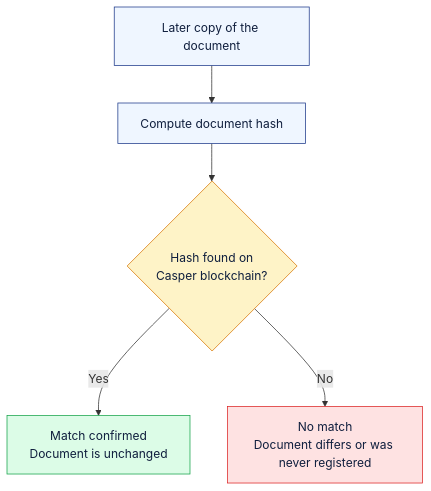
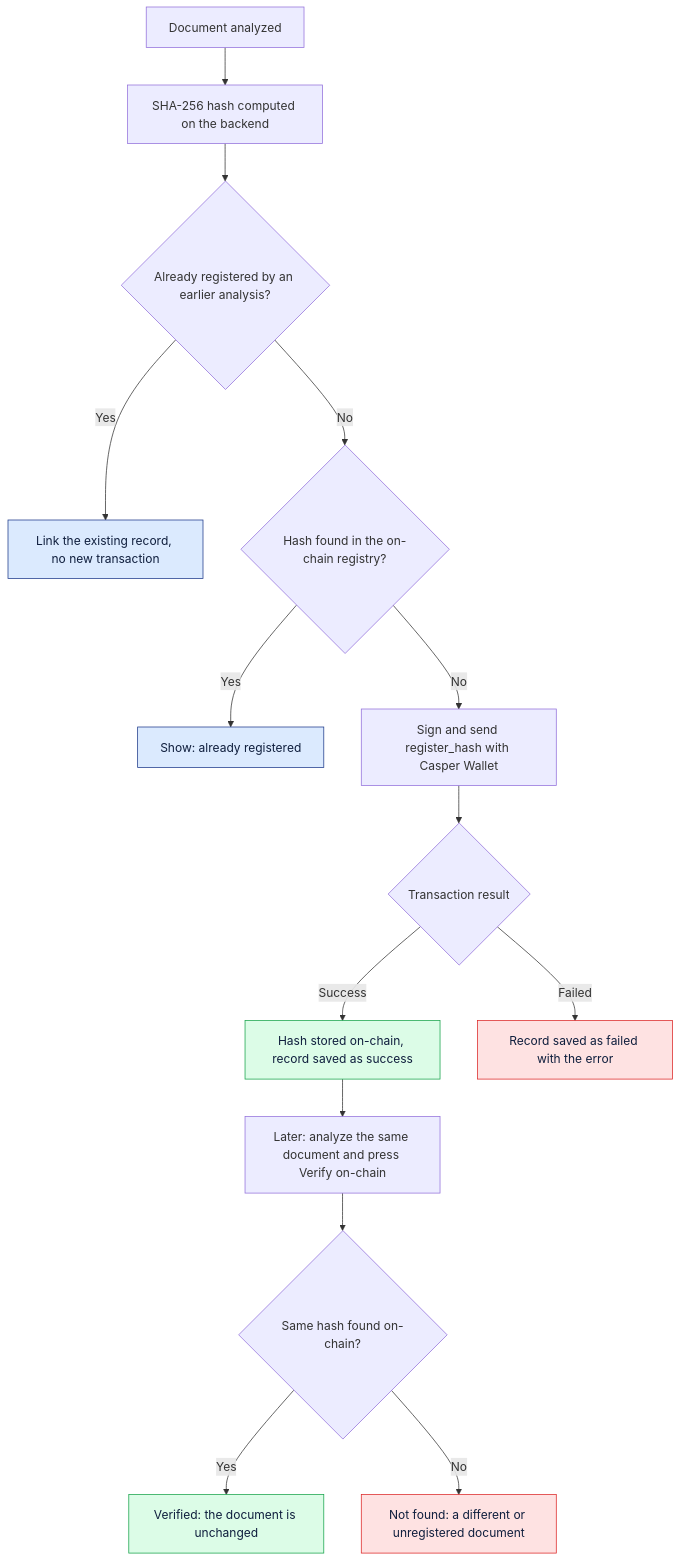
The fifth of 11 diagrams in README.md (Hajrajadoon/LexProof-AI), drawn with Mermaid before and after one commit. The commit also changed other lines of this file, not shown here.

````diff
--- a/README.md
+++ b/README.md
@@ -320,13 +307,23 @@
 ```mermaid
 flowchart TD
-    A["Later copy of the document"] --> B["Compute document hash"]
-    B --> C{"Hash found on<br/>Casper blockchain?"}
-    C -- "Yes" --> D["Match confirmed<br/>Document is unchanged"]
-    C -- "No" --> E["No match<br/>Document differs or was never registered"]
+    A["Document analyzed"] --> B["SHA-256 hash computed on the backend"]
+    B --> C{"Already registered by an earlier analysis?"}
+    C -- "Yes" --> D["Link the existing record, no new transaction"]
+    C -- "No" --> E{"Hash found in the on-chain registry?"}
+    E -- "Yes" --> F["Show: already registered"]
+    E -- "No" --> G["Sign and send register_hash with Casper Wallet"]
+    G --> H{"Transaction result"}
+    H -- "Success" --> I["Hash stored on-chain, record saved as success"]
+    H -- "Failed" --> J["Record saved as failed with the error"]
+    I --> K["Later: analyze the same document and press Verify on-chain"]
+    K --> L{"Same hash found on-chain?"}
+    L -- "Yes" --> M["Verified: the document is unchanged"]
+    L -- "No" --> N["Not found: a different or unregistered document"]
 
-    style A fill:#EFF6FF,stroke:#1E3A8A,color:#0F1E3D
-    style B fill:#EFF6FF,stroke:#1E3A8A,color:#0F1E3D
-    style C fill:#FEF3C7,stroke:#D97706,color:#0F1E3D
-    style D fill:#DCFCE7,stroke:#16A34A,color:#0F1E3D
-    style E fill:#FEE2E2,stroke:#DC2626,color:#0F1E3D
+    style D fill:#DBEAFE,stroke:#1E3A8A,color:#0F1E3D
+    style F fill:#DBEAFE,stroke:#1E3A8A,color:#0F1E3D
+    style I fill:#DCFCE7,stroke:#16A34A,color:#0F1E3D
+    style J fill:#FEE2E2,stroke:#DC2626,color:#0F1E3D
+    style M fill:#DCFCE7,stroke:#16A34A,color:#0F1E3D
+    style N fill:#FEE2E2,stroke:#DC2626,color:#0F1E3D
 ```
````
